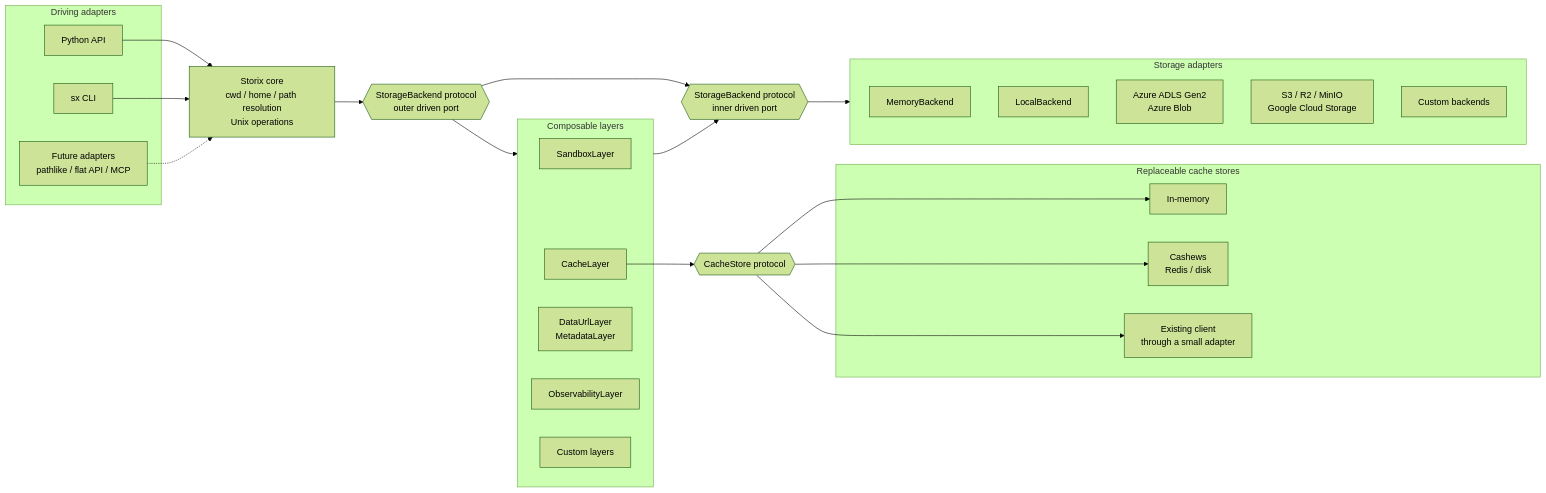
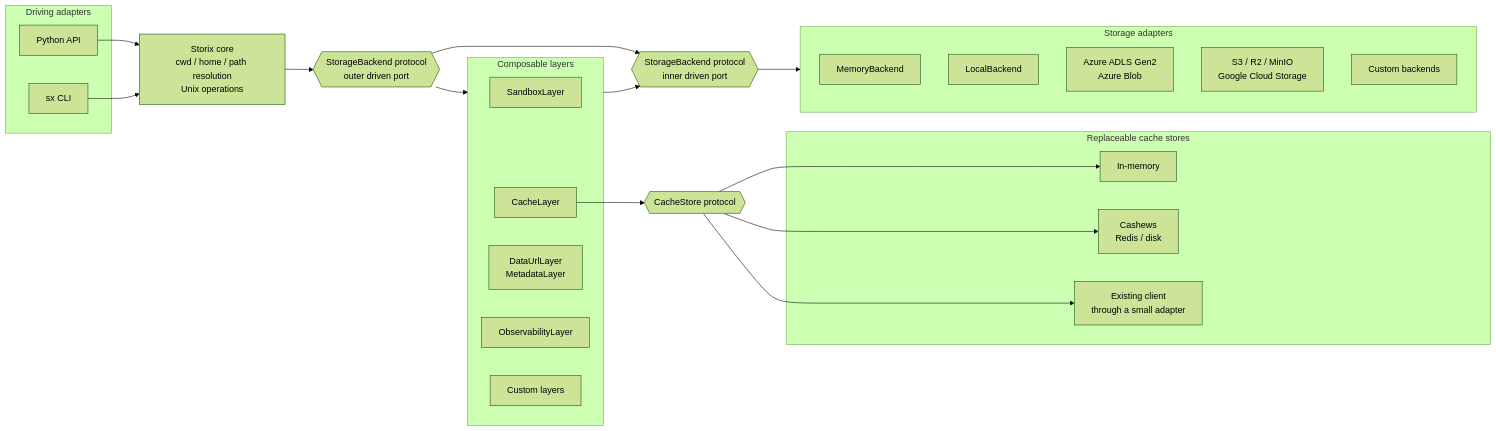
One commit to mghalix/storix changed the diagram in website/docs/showcase/one-stream-three-backends.md. Above: the diagram before and after it, drawn with Mermaid (forest theme). The commit also changed other lines of this file and 5 other files, not shown here.

````diff
--- a/website/docs/showcase/one-stream-three-backends.md
+++ b/website/docs/showcase/one-stream-three-backends.md
@@ -865,53 +596,51 @@
 ```mermaid
 flowchart LR
     subgraph driving["Driving adapters"]
         library["Python API"]
         cli["sx CLI"]
-        future["Future adapters<br/>pathlike / flat API / MCP"]
     end
 
     core["Storix core<br/>cwd / home / path resolution<br/>Unix operations"]
 
     outer_port{{"StorageBackend protocol<br/>outer driven port"}}
 
     subgraph layers["Composable layers"]
         sandbox["SandboxLayer"]
         cache_layer["CacheLayer"]
         capabilities["DataUrlLayer<br/>MetadataLayer"]
         observability["ObservabilityLayer"]
         custom_layer["Custom layers"]
     end
 
     inner_port{{"StorageBackend protocol<br/>inner driven port"}}
 
     subgraph backends["Storage adapters"]
         memory["MemoryBackend"]
         local["LocalBackend"]
         azure["Azure ADLS Gen2<br/>Azure Blob"]
         object["S3 / R2 / MinIO<br/>Google Cloud Storage"]
         custom_backend["Custom backends"]
     end
 
     cache_port{{"CacheStore protocol"}}
 
     subgraph stores["Replaceable cache stores"]
         memory_cache["In-memory"]
         cashews["Cashews<br/>Redis / disk"]
         adapted["Existing client<br/>through a small adapter"]
     end
 
     library --> core
     cli --> core
-    future -.-> core
 
     core --> outer_port
     outer_port --> layers
     layers --> inner_port
     outer_port --> inner_port
     inner_port --> backends
 
     cache_layer --> cache_port
     cache_port --> memory_cache
     cache_port --> cashews
     cache_port --> adapted
 ```
````
